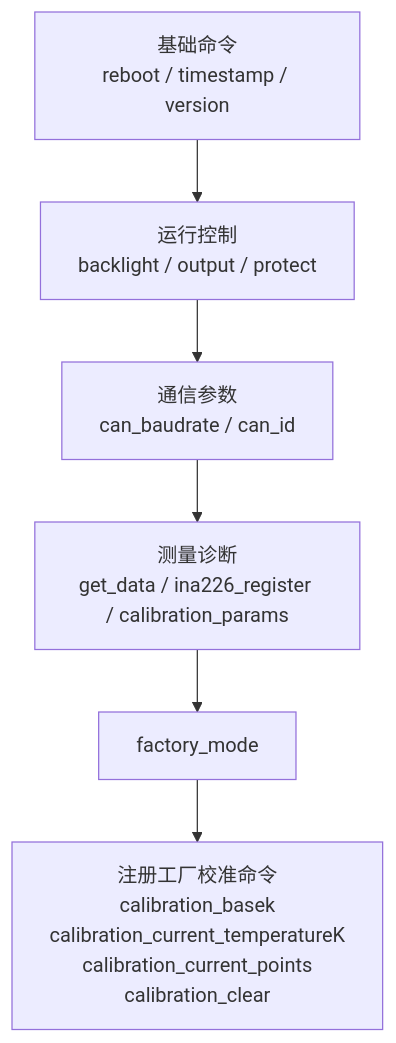
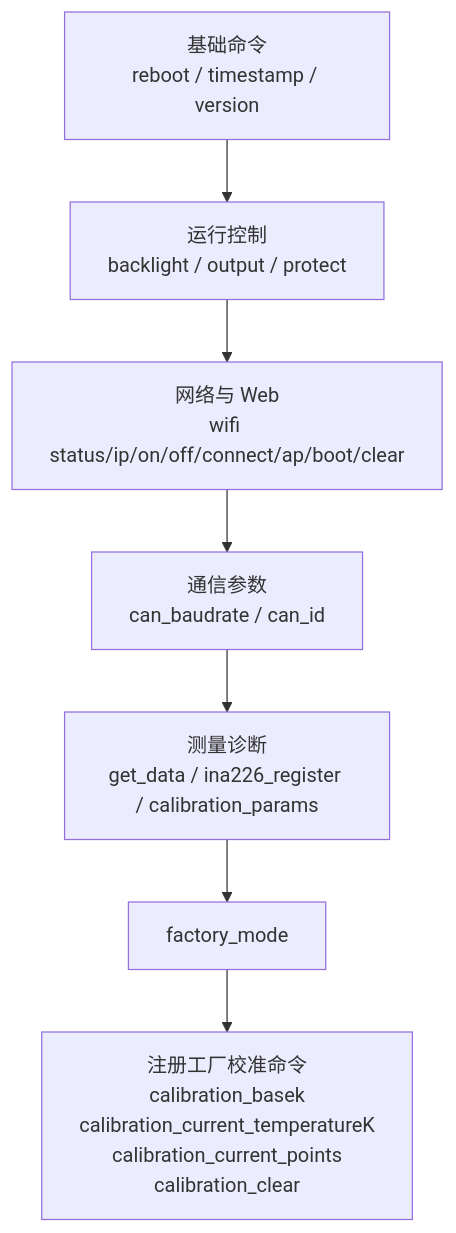
The second of 2 diagrams in components/app/shell_command/README.md (qingmeijiupiao/Wireless_power_meter_lite), drawn with Mermaid before and after one commit. The commit also changed other lines of this file and 30 other files, not shown here.

````diff
--- a/components/app/shell_command/README.md
+++ b/components/app/shell_command/README.md
@@ -30,8 +31,9 @@
 ```mermaid
 flowchart TD
     Base["基础命令<br/>reboot / timestamp / version"] --> Runtime["运行控制<br/>backlight / output / protect"]
-    Runtime --> Bus["通信参数<br/>can_baudrate / can_id"]
+    Runtime --> Network["网络与 Web<br/>wifi status/ip/on/off/connect/ap/boot/clear"]
+    Network --> Bus["通信参数<br/>can_baudrate / can_id"]
     Bus --> Measure["测量诊断<br/>get_data / ina226_register / calibration_params"]
     Measure --> Factory["factory_mode"]
     Factory --> Hidden["注册工厂校准命令<br/>calibration_basek<br/>calibration_current_temperatureK<br/>calibration_current_points<br/>calibration_clear"]
 ```
````
